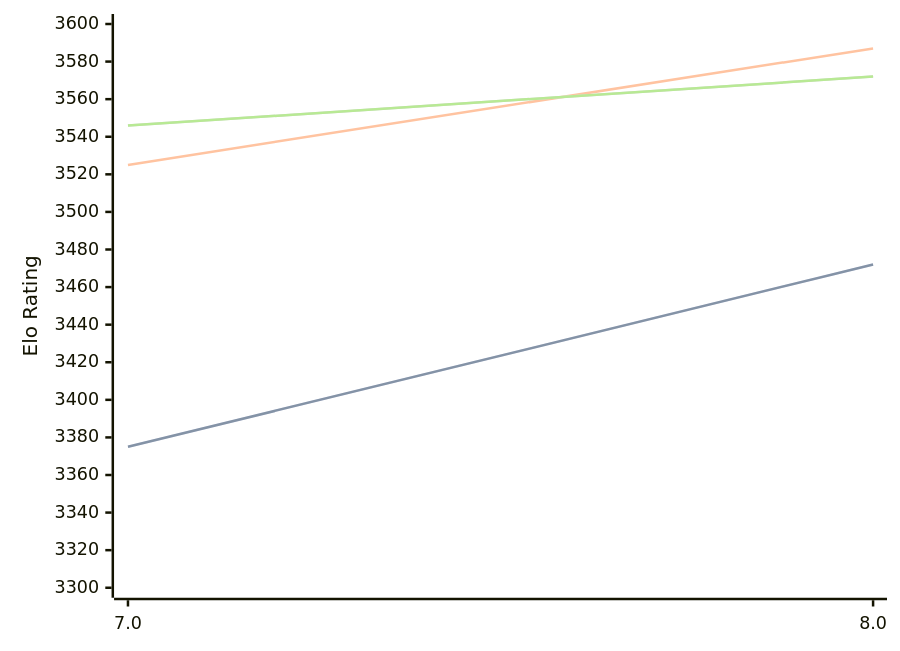
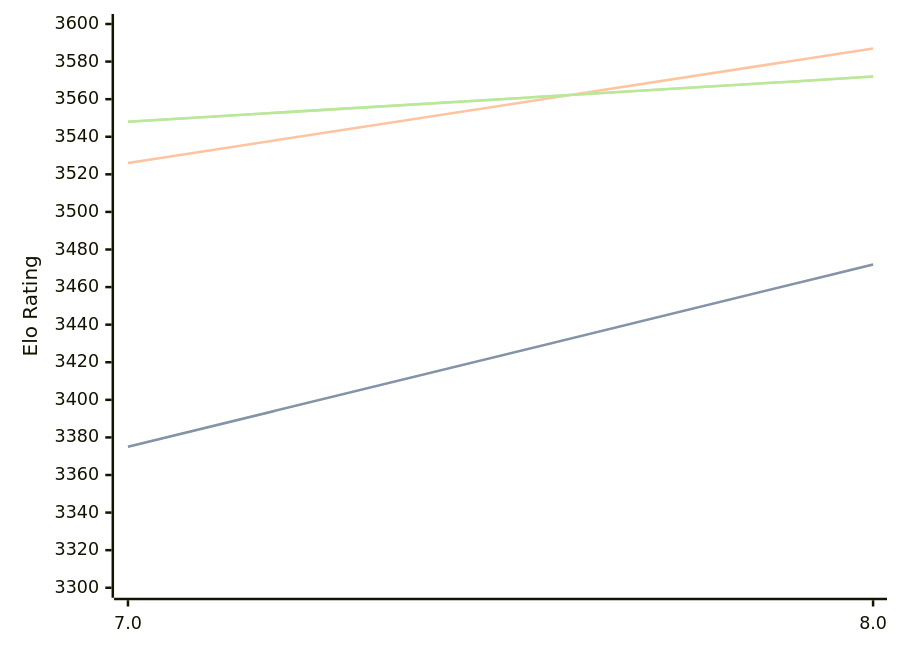
One commit to computer-chess-index/cci changed the diagram in engines/Integral.md. Above: the diagram before and after it, drawn with Mermaid. The commit also changed other lines of this file, not shown here.

Commit message:
Update CCI Ratings (ELO VLTC) - 2026-09-18

````diff
--- a/engines/Integral.md
+++ b/engines/Integral.md
@@ -32,11 +32,11 @@
 ```mermaid
 %%{init: {"theme":"base","themeVariables":{"seriesColors:['#a3a3a3','#222221','#faa371']}}}%%
 xychart-beta
   x-axis ["7.0", "8.0"]
   y-axis "Elo Rating" 3300 --> 3600
   line "" [3375, 3472]
   line "STC (8.0+0.08s)" [3375, 3472]
-  line "LTC (60.0+0.60s)" [3525, 3587]
-  line "" [3546, 3572]
-  line "VLTC (2m24s+1.12s)" [3546, 3572]
+  line "LTC (60.0+0.60s)" [3526, 3587]
+  line "" [3548, 3572]
+  line "VLTC (2m24s+1.12s)" [3548, 3572]
 ```
````
